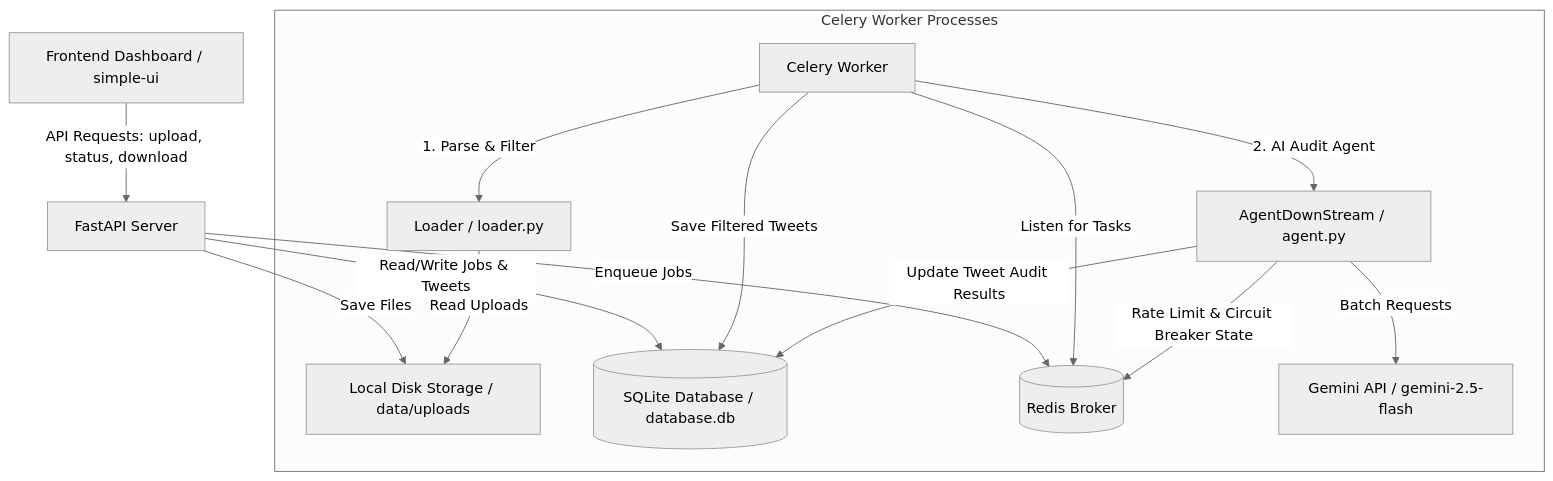
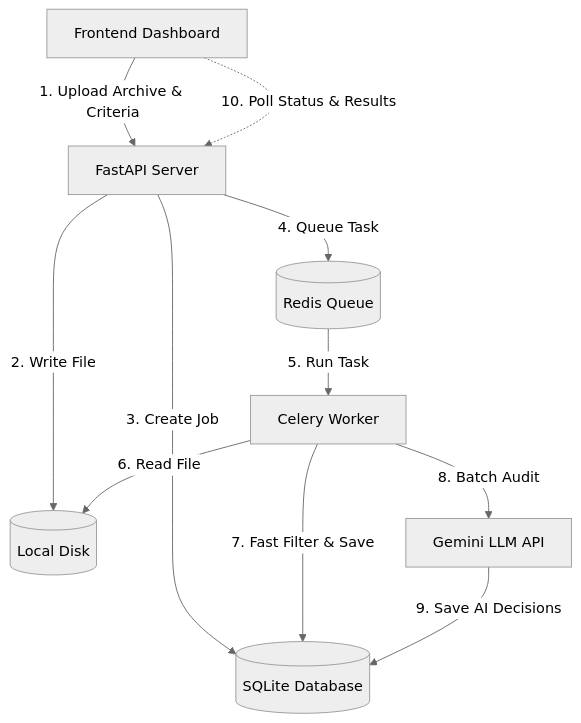
One commit to Sewanu708/tweet-audit changed the diagram in README.md. Above: the diagram before and after it, drawn with Mermaid (neutral theme).

Commit message:
refactor: Update architectural flow diagram in README for clarity and accuracy

````diff
--- a/README.md
+++ b/README.md
@@ -22,20 +22,15 @@
 ```mermaid
-graph TD
-    UI[Frontend Dashboard / simple-ui] -->|API Requests: upload, status, download| API[FastAPI Server]
-    API -->|Save Files| Disk[Local Disk Storage / data/uploads]
-    API -->|Read/Write Jobs & Tweets| DB[(SQLite Database / database.db)]
-    API -->|Enqueue Jobs| Redis[(Redis Broker)]
+flowchart TD
+    UI[Frontend Dashboard] -->|1. Upload Archive & Criteria| API[FastAPI Server]
+    API -->|2. Write File| Disk[(Local Disk)]
+    API -->|3. Create Job| DB[(SQLite Database)]
+    API -->|4. Queue Task| Redis[(Redis Queue)]
     
-    subgraph Celery Worker Processes
-        Worker[Celery Worker]
-        Worker -->|Listen for Tasks| Redis
-        Worker -->|1. Parse & Filter| Load[Loader / loader.py]
-        Load -->|Read Uploads| Disk
-        Worker -->|Save Filtered Tweets| DB
-        
-        Worker -->|2. AI Audit Agent| Agent[AgentDownStream / agent.py]
-        Agent -->|Rate Limit & Circuit Breaker State| Redis
-        Agent -->|Batch Requests| Gemini[Gemini API / gemini-2.5-flash]
-        Agent -->|Update Tweet Audit Results| DB
-    end
+    Redis -->|5. Run Task| Worker[Celery Worker]
+    Worker -->|6. Read File| Disk
+    Worker -->|7. Fast Filter & Save| DB
+    Worker -->|8. Batch Audit| Gemini[Gemini LLM API]
+    
+    Gemini -->|9. Save AI Decisions| DB
+    UI -.->|10. Poll Status & Results| API
 ```
````
